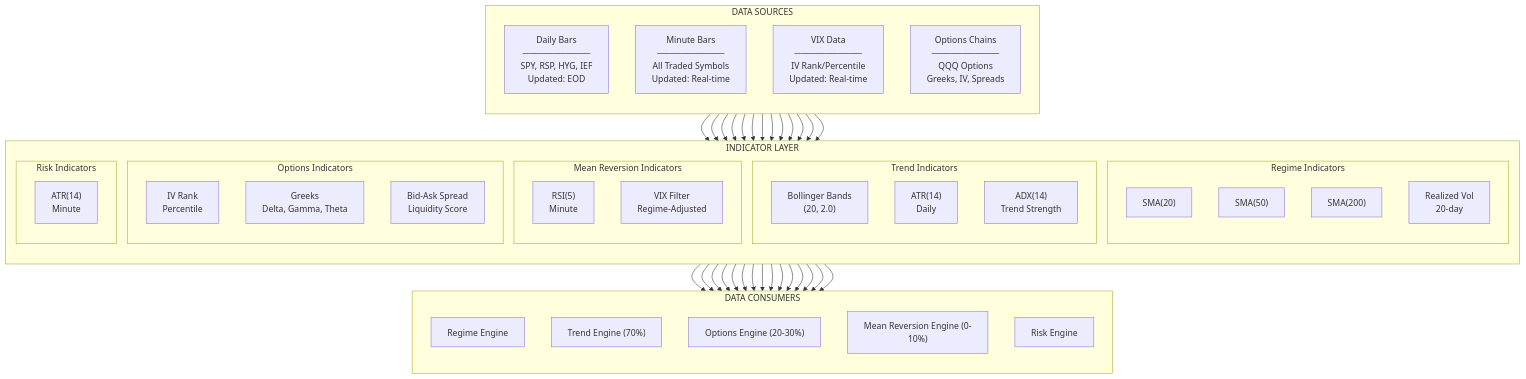
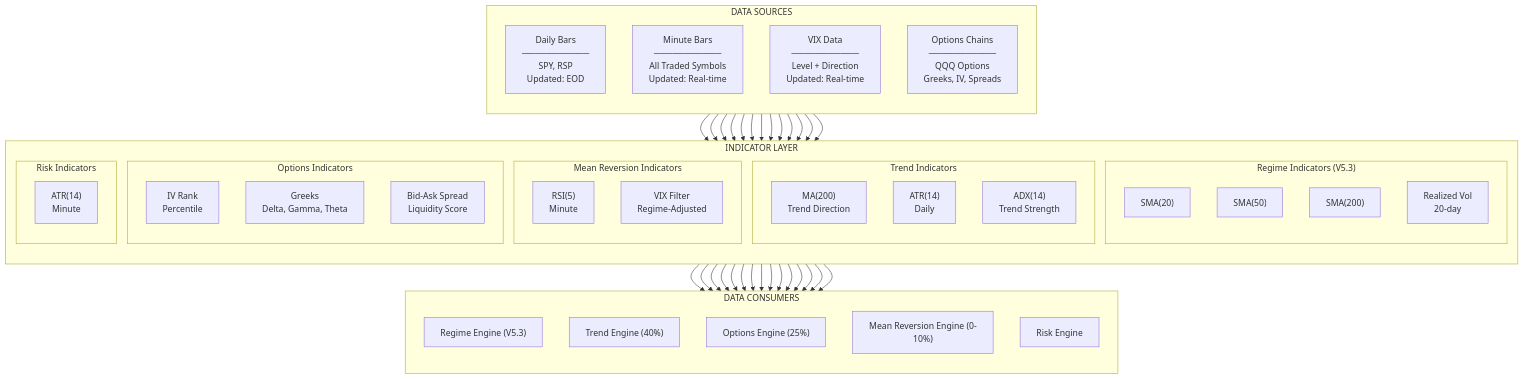
One commit to vickdavinci/alpha-nextgen-v2-private changed the first of 2 diagrams in docs/system/03-data-infrastructure.md. Above: the diagram before and after it, drawn with Mermaid. The commit also changed other lines of this file and 13 other files, not shown here.

````diff
--- a/docs/system/03-data-infrastructure.md
+++ b/docs/system/03-data-infrastructure.md
@@ -58,59 +58,59 @@
 ```mermaid
 flowchart TB
     subgraph SOURCES["DATA SOURCES"]
         direction TB
-        DAILY["Daily Bars<br/>───────────<br/>SPY, RSP, HYG, IEF<br/>Updated: EOD"]
+        DAILY["Daily Bars<br/>───────────<br/>SPY, RSP<br/>Updated: EOD"]
         MINUTE["Minute Bars<br/>───────────<br/>All Traded Symbols<br/>Updated: Real-time"]
-        VIX_DATA["VIX Data<br/>───────────<br/>IV Rank/Percentile<br/>Updated: Real-time"]
+        VIX_DATA["VIX Data<br/>───────────<br/>Level + Direction<br/>Updated: Real-time"]
         OPTIONS_DATA["Options Chains<br/>───────────<br/>QQQ Options<br/>Greeks, IV, Spreads"]
     end
 
     subgraph INDICATORS["INDICATOR LAYER"]
         direction TB
-        subgraph REGIME_IND["Regime Indicators"]
+        subgraph REGIME_IND["Regime Indicators (V5.3)"]
             SMA20["SMA(20)"]
             SMA50["SMA(50)"]
             SMA200["SMA(200)"]
             RVOL["Realized Vol<br/>20-day"]
         end
         subgraph TREND_IND["Trend Indicators"]
-            BB["Bollinger Bands<br/>(20, 2.0)"]
+            MA200["MA(200)<br/>Trend Direction"]
             ATR_T["ATR(14)<br/>Daily"]
             ADX["ADX(14)<br/>Trend Strength"]
         end
         subgraph MR_IND["Mean Reversion Indicators"]
             RSI["RSI(5)<br/>Minute"]
             VIX_IND["VIX Filter<br/>Regime-Adjusted"]
         end
         subgraph OPTIONS_IND["Options Indicators"]
             IV_RANK["IV Rank<br/>Percentile"]
             GREEKS["Greeks<br/>Delta, Gamma, Theta"]
             LIQUIDITY["Bid-Ask Spread<br/>Liquidity Score"]
         end
         subgraph RISK_IND["Risk Indicators"]
             ATR_M["ATR(14)<br/>Minute"]
         end
     end
 
     subgraph CONSUMERS["DATA CONSUMERS"]
         direction TB
-        REGIME["Regime Engine"]
-        TREND["Trend Engine (70%)"]
-        OPTIONS["Options Engine (20-30%)"]
+        REGIME["Regime Engine (V5.3)"]
+        TREND["Trend Engine (40%)"]
+        OPTIONS["Options Engine (25%)"]
         MR["Mean Reversion Engine (0-10%)"]
         RISK["Risk Engine"]
     end
 
     DAILY --> SMA20 & SMA50 & SMA200 & RVOL
-    DAILY --> BB & ATR_T & ADX
+    DAILY --> MA200 & ATR_T & ADX
     MINUTE --> RSI
     MINUTE --> ATR_M
     VIX_DATA --> VIX_IND & IV_RANK
     OPTIONS_DATA --> GREEKS & LIQUIDITY
 
     SMA20 & SMA50 & SMA200 & RVOL --> REGIME
-    BB & ATR_T & ADX --> TREND
+    MA200 & ATR_T & ADX --> TREND
     IV_RANK & GREEKS & LIQUIDITY & ADX --> OPTIONS
     RSI & VIX_IND --> MR
     ATR_M & GREEKS --> RISK
 ```
````
